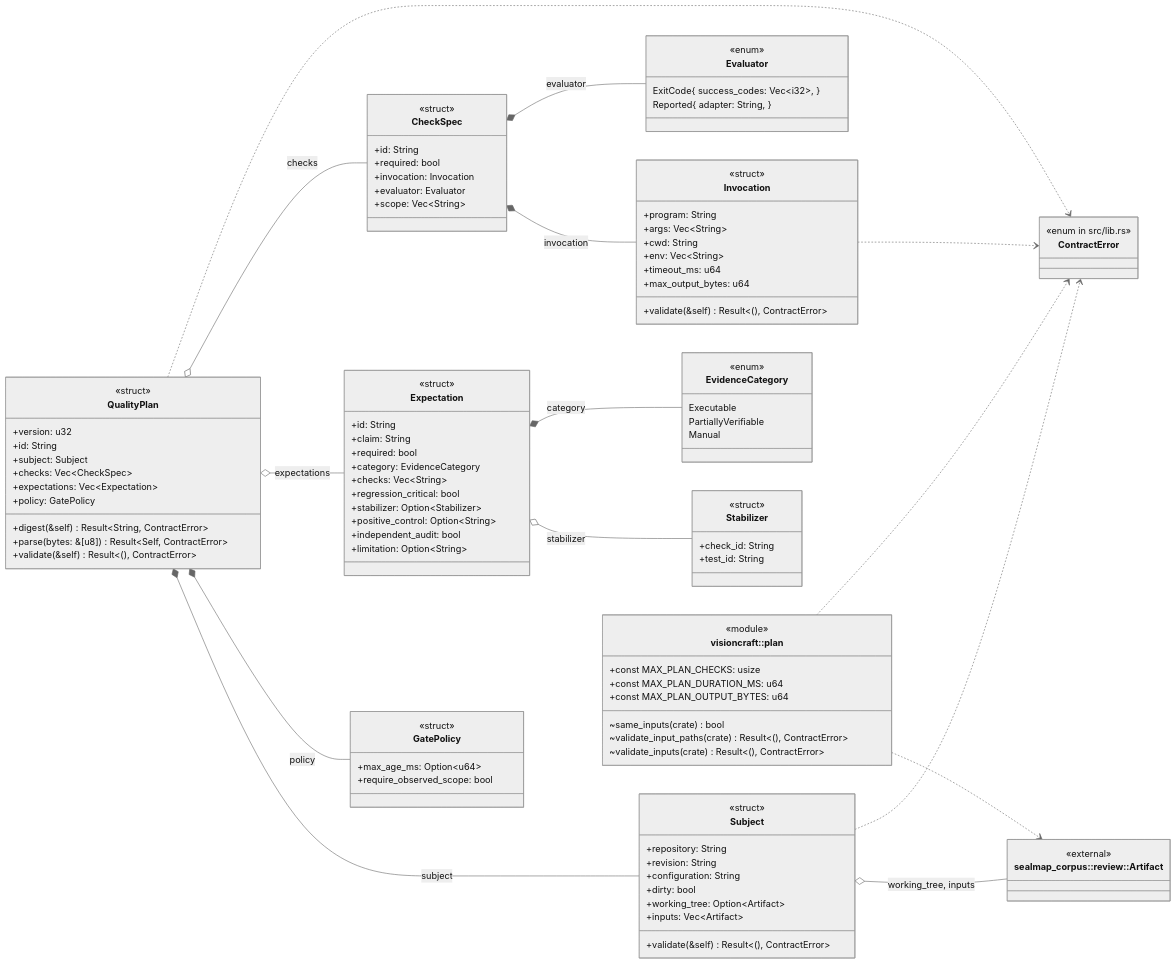
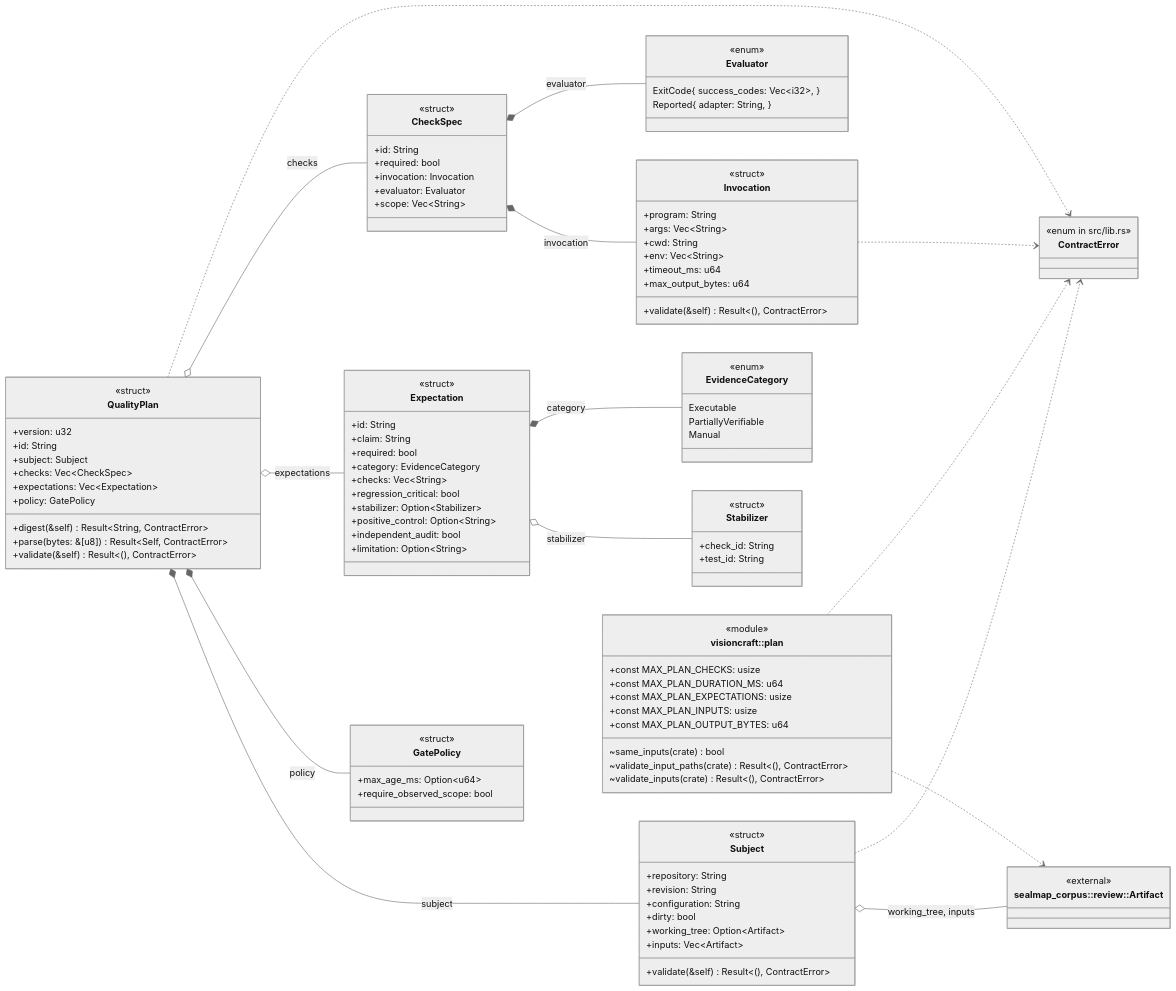
One commit to DreamLab-AI/visioncraft changed the first of 5 diagrams in docs/diagrams/generated/src/plan.rs.md. Above: the diagram before and after it, drawn with Mermaid (neutral theme). The commit also changed other lines of this file and 4 other files, not shown here.

First line of the commit message:
dream(plan-contract): MAX_PLAN_INPUTS=16384 and MAX_PLAN_EXPECTATIONS=4096 now… (#4)

```diff
--- a/docs/diagrams/generated/src/plan.rs.md
+++ b/docs/diagrams/generated/src/plan.rs.md
@@ -92,6 +92,8 @@
     <<module>>
     +const MAX_PLAN_CHECKS: usize
     +const MAX_PLAN_DURATION_MS: u64
+    +const MAX_PLAN_EXPECTATIONS: usize
+    +const MAX_PLAN_INPUTS: usize
     +const MAX_PLAN_OUTPUT_BYTES: u64
     ~same_inputs(crate) bool
     ~validate_input_paths(crate) Result#lt;#40;#41;, ContractError#gt;
```
